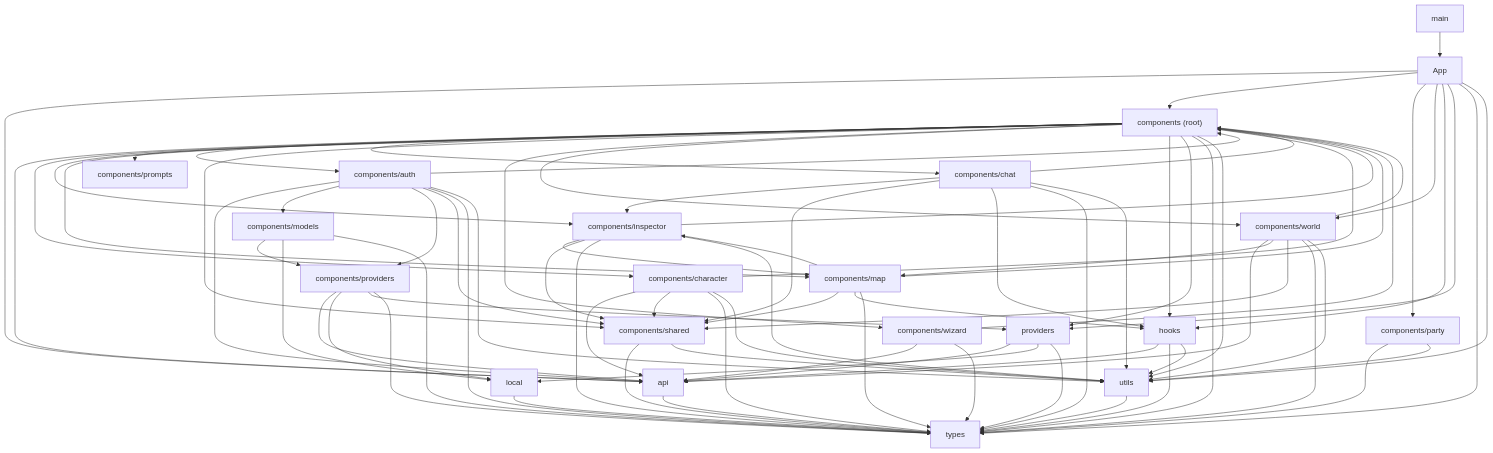
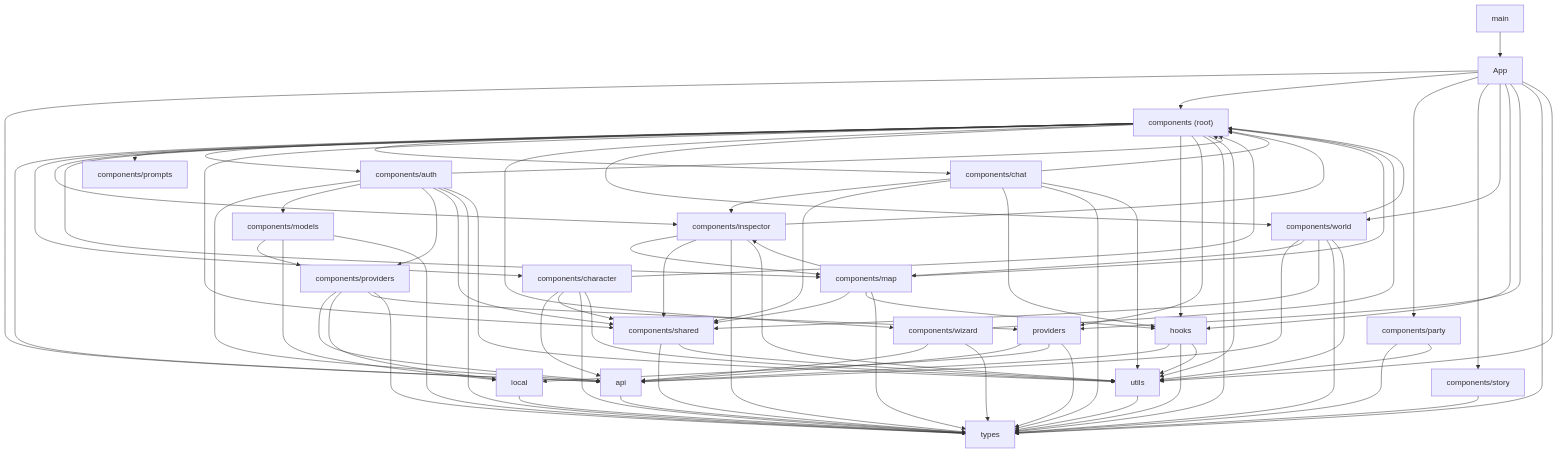
Before and after one commit to diegolima/CyberCantina: the diagram in docs/architecture/FRONTEND_GRAPH.md, drawn with Mermaid. The commit also changed other lines of this file and 20 other files, not shown here.

Commit message:
feat(story): add non-destructive turn branching, Story modal, and SVG Branch Graph (v0.28.0)

````diff
--- a/docs/architecture/FRONTEND_GRAPH.md
+++ b/docs/architecture/FRONTEND_GRAPH.md
@@ -26,23 +26,25 @@
     b_10["components/prompts"]
     b_11["components/providers"]
     b_12["components/shared"]
-    b_13["components/wizard"]
-    b_14["components/world"]
-    b_15["hooks"]
-    b_16["local"]
-    b_17["main"]
-    b_18["providers"]
-    b_19["types"]
-    b_20["utils"]
+    b_13["components/story"]
+    b_14["components/wizard"]
+    b_15["components/world"]
+    b_16["hooks"]
+    b_17["local"]
+    b_18["main"]
+    b_19["providers"]
+    b_20["types"]
+    b_21["utils"]
     b_0 --> b_1
     b_0 --> b_2
     b_0 --> b_9
-    b_0 --> b_14
+    b_0 --> b_13
     b_0 --> b_15
-    b_0 --> b_18
+    b_0 --> b_16
     b_0 --> b_19
     b_0 --> b_20
-    b_1 --> b_19
+    b_0 --> b_21
+    b_1 --> b_20
     b_2 --> b_1
     b_2 --> b_3
     b_2 --> b_4
@@ -51,67 +53,68 @@
     b_2 --> b_7
     b_2 --> b_10
     b_2 --> b_12
-    b_2 --> b_13
     b_2 --> b_14
     b_2 --> b_15
-    b_2 --> b_18
+    b_2 --> b_16
     b_2 --> b_19
     b_2 --> b_20
+    b_2 --> b_21
     b_3 --> b_1
     b_3 --> b_2
     b_3 --> b_8
     b_3 --> b_11
     b_3 --> b_12
-    b_3 --> b_19
     b_3 --> b_20
+    b_3 --> b_21
     b_4 --> b_1
     b_4 --> b_2
     b_4 --> b_12
-    b_4 --> b_19
     b_4 --> b_20
+    b_4 --> b_21
     b_5 --> b_2
     b_5 --> b_6
     b_5 --> b_12
-    b_5 --> b_15
-    b_5 --> b_19
+    b_5 --> b_16
     b_5 --> b_20
+    b_5 --> b_21
     b_6 --> b_2
     b_6 --> b_7
     b_6 --> b_12
-    b_6 --> b_19
     b_6 --> b_20
+    b_6 --> b_21
     b_7 --> b_2
     b_7 --> b_6
     b_7 --> b_12
-    b_7 --> b_15
-    b_7 --> b_19
+    b_7 --> b_16
+    b_7 --> b_20
     b_8 --> b_11
-    b_8 --> b_16
-    b_8 --> b_19
-    b_9 --> b_19
+    b_8 --> b_17
+    b_8 --> b_20
     b_9 --> b_20
+    b_9 --> b_21
     b_11 --> b_1
-    b_11 --> b_16
-    b_11 --> b_18
+    b_11 --> b_17
     b_11 --> b_19
-    b_12 --> b_19
+    b_11 --> b_20
     b_12 --> b_20
-    b_13 --> b_1
-    b_13 --> b_2
-    b_13 --> b_19
+    b_12 --> b_21
+    b_13 --> b_20
     b_14 --> b_1
     b_14 --> b_2
-    b_14 --> b_7
-    b_14 --> b_12
-    b_14 --> b_19
     b_14 --> b_20
     b_15 --> b_1
-    b_15 --> b_19
+    b_15 --> b_2
+    b_15 --> b_7
+    b_15 --> b_12
     b_15 --> b_20
-    b_16 --> b_19
-    b_17 --> b_0
-    b_18 --> b_1
-    b_18 --> b_16
-    b_18 --> b_19
-    b_20 --> b_19
+    b_15 --> b_21
+    b_16 --> b_1
+    b_16 --> b_20
+    b_16 --> b_21
+    b_17 --> b_20
+    b_18 --> b_0
+    b_19 --> b_1
+    b_19 --> b_17
+    b_19 --> b_20
+    b_21 --> b_20
 ```
````
